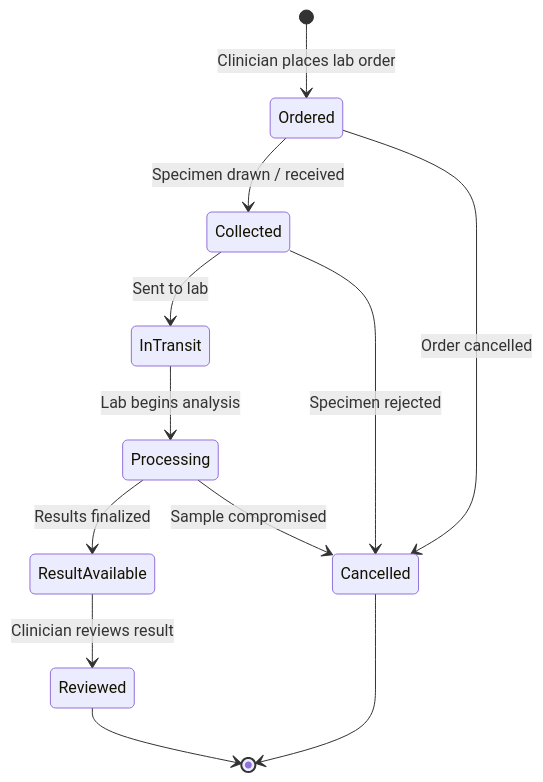
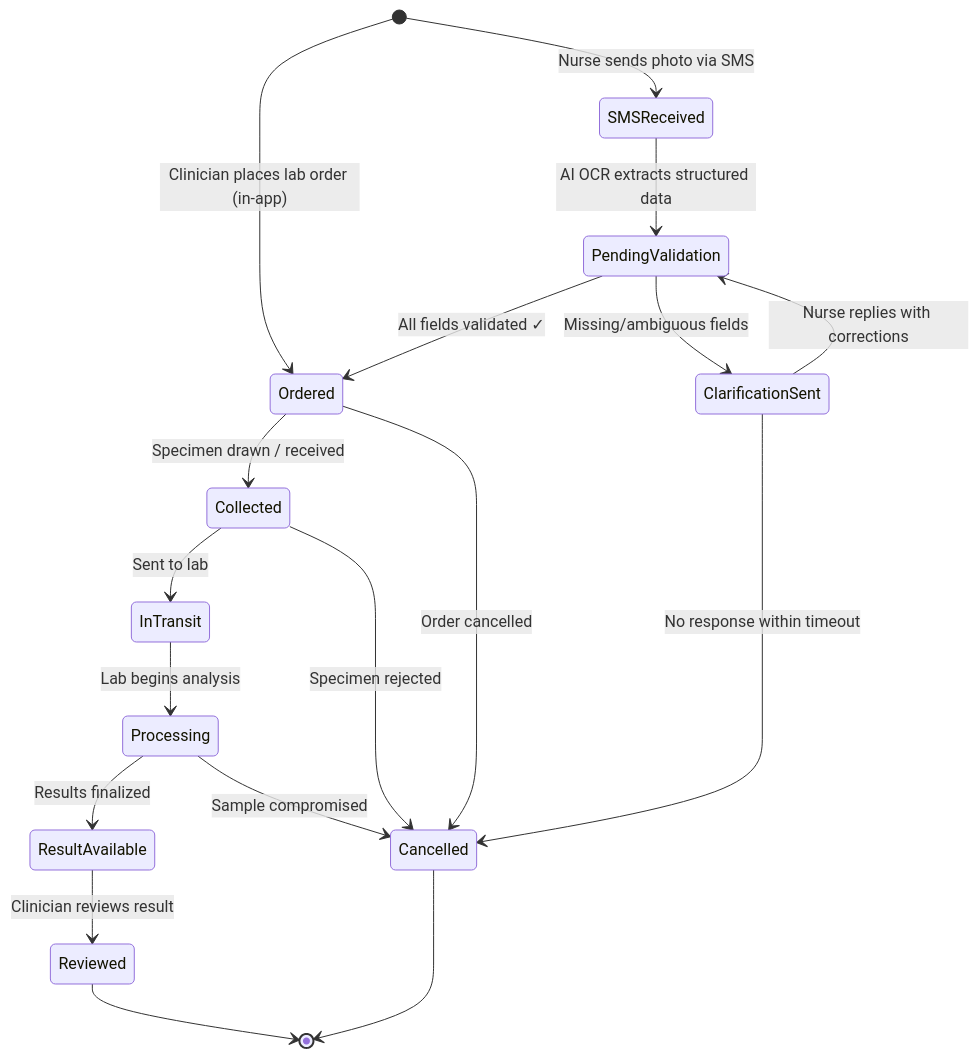
One commit to utexas-demo/demo changed the second of 8 diagrams in docs/features/lab-specimen-management.md. Above: the diagram before and after it, drawn with Mermaid. The commit also changed other lines of this file, not shown here.

First line of the commit message:
Add SMS photo lab order intake workflow with AI OCR validation

````diff
--- a/docs/features/lab-specimen-management.md
+++ b/docs/features/lab-specimen-management.md
@@ -92,14 +111,20 @@
 ```mermaid
 stateDiagram-v2
-    [*] --> Ordered : Clinician places lab order
+    [*] --> Ordered : Clinician places lab order (in-app)
+    [*] --> SMSReceived : Nurse sends photo via SMS
+    SMSReceived --> PendingValidation : AI OCR extracts structured data
+    PendingValidation --> Ordered : All fields validated ✓
+    PendingValidation --> ClarificationSent : Missing/ambiguous fields
+    ClarificationSent --> PendingValidation : Nurse replies with corrections
+    ClarificationSent --> Cancelled : No response within timeout
     Ordered --> Collected : Specimen drawn / received
     Ordered --> Cancelled : Order cancelled
     Collected --> InTransit : Sent to lab
     Collected --> Cancelled : Specimen rejected
     InTransit --> Processing : Lab begins analysis
     Processing --> ResultAvailable : Results finalized
     Processing --> Cancelled : Sample compromised
     ResultAvailable --> Reviewed : Clinician reviews result
     Reviewed --> [*]
     Cancelled --> [*]
 ```
````
